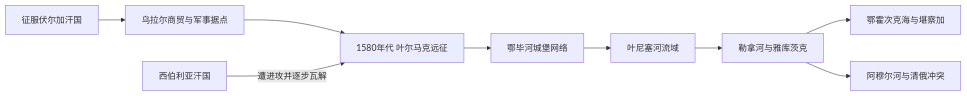
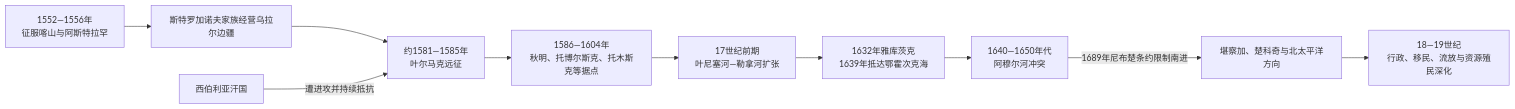
One commit to tianlan-dev/learning-notes changed the diagram in 人文科学/历史/北亚/_通史/俄国东扩与西伯利亚殖民.md. Above: the diagram before and after it, drawn with Mermaid. The commit also changed other lines of this file and 1417 other files, not shown here.

````diff
--- a/人文科学/历史/北亚/_通史/俄国东扩与西伯利亚殖民.md
+++ b/人文科学/历史/北亚/_通史/俄国东扩与西伯利亚殖民.md
@@ -18,11 +31,12 @@
 ```mermaid
 flowchart LR
-    Volga["征服伏尔加汗国"] --> Urals["乌拉尔商贸与军事据点"]
-    Urals --> Campaign["1580年代 叶尔马克远征"]
-    SiberianKhanate["西伯利亚汗国"] -->|遭进攻并逐步瓦解| Campaign
-    Campaign --> Ob["鄂毕河城堡网络"]
-    Ob --> Yenisei["叶尼塞河流域"]
-    Yenisei --> Lena["勒拿河与雅库茨克"]
-    Lena --> Pacific["鄂霍次克海与堪察加"]
-    Lena --> Amur["阿穆尔河与清俄冲突"]
+    A["1552—1556年<br/>征服喀山与阿斯特拉罕"] --> B["斯特罗加诺夫家族经营乌拉尔边疆"]
+    B --> C["约1581—1585年<br/>叶尔马克远征"]
+    S["西伯利亚汗国"] -->|遭进攻并持续抵抗| C
+    C --> D["1586—1604年<br/>秋明、托博尔斯克、托木斯克等据点"]
+    D --> E["17世纪前期<br/>叶尼塞河—勒拿河扩张"]
+    E --> F["1632年雅库茨克<br/>1639年抵达鄂霍次克海"]
+    F --> G["1640—1650年代<br/>阿穆尔河冲突"]
+    G -->|1689年尼布楚条约限制南进| H["堪察加、楚科奇与北太平洋方向"]
+    H --> I["18—19世纪<br/>行政、移民、流放与资源殖民深化"]
 ```
````
